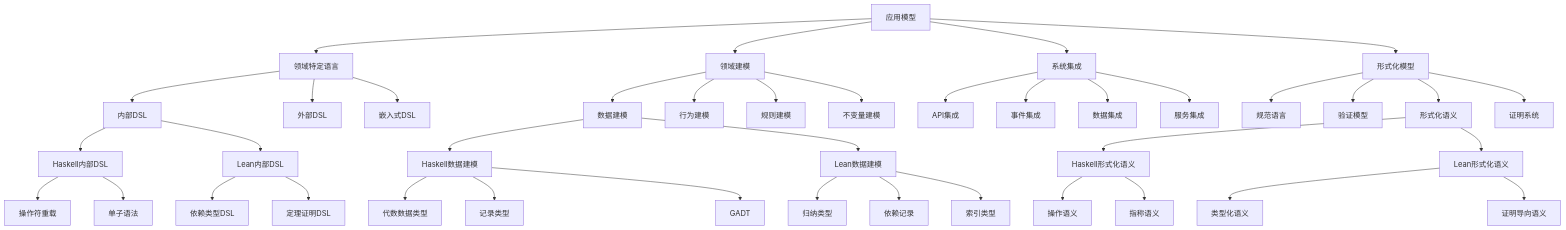
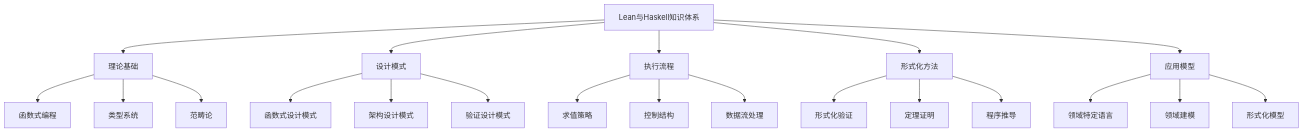
Before and after one commit to AdaMartin18010/haskell: the diagram in docs/refactor/meta/01-核心知识图谱/02-概念关系图.md, drawn with Mermaid. The commit also changed other lines of this file and 29 other files, not shown here.

````diff
--- a/docs/refactor/meta/01-核心知识图谱/02-概念关系图.md
+++ b/docs/refactor/meta/01-核心知识图谱/02-概念关系图.md
@@ -247,58 +7,28 @@
 ```mermaid
 graph TD
-    %% 应用模型主分类
-    MODELS[应用模型]
-    MODELS --> DSL[领域特定语言]
-    MODELS --> DOMAIN[领域建模]
-    MODELS --> INTEGRATION[系统集成]
-    MODELS --> FORMAL[形式化模型]
-
-    %% 领域特定语言细分
-    DSL --> DS1[内部DSL]
-    DSL --> DS2[外部DSL]
-    DSL --> DS3[嵌入式DSL]
-
-    %% 内部DSL的语言实现
-    DS1 --> DS1_H[Haskell内部DSL]
-    DS1 --> DS1_L[Lean内部DSL]
-    DS1_H --> DS1_H1[操作符重载]
-    DS1_H --> DS1_H2[单子语法]
-    DS1_L --> DS1_L1[依赖类型DSL]
-    DS1_L --> DS1_L2[定理证明DSL]
-
-    %% 领域建模细分
-    DOMAIN --> DM1[数据建模]
-    DOMAIN --> DM2[行为建模]
-    DOMAIN --> DM3[规则建模]
-    DOMAIN --> DM4[不变量建模]
-
-    %% 数据建模的语言实现
-    DM1 --> DM1_H[Haskell数据建模]
-    DM1 --> DM1_L[Lean数据建模]
-    DM1_H --> DM1_H1[代数数据类型]
-    DM1_H --> DM1_H2[记录类型]
-    DM1_H --> DM1_H3[GADT]
-    DM1_L --> DM1_L1[归纳类型]
-    DM1_L --> DM1_L2[依赖记录]
-    DM1_L --> DM1_L3[索引类型]
-
-    %% 系统集成细分
-    INTEGRATION --> I1[API集成]
-    INTEGRATION --> I2[事件集成]
-    INTEGRATION --> I3[数据集成]
-    INTEGRATION --> I4[服务集成]
-
-    %% 形式化模型细分
-    FORMAL --> FM1[规范语言]
-    FORMAL --> FM2[验证模型]
-    FORMAL --> FM3[形式化语义]
-    FORMAL --> FM4[证明系统]
-
-    %% 形式化语义的语言实现
-    FM3 --> FM3_H[Haskell形式化语义]
-    FM3 --> FM3_L[Lean形式化语义]
-    FM3_H --> FM3_H1[操作语义]
-    FM3_H --> FM3_H2[指称语义]
-    FM3_L --> FM3_L1[类型化语义]
-    FM3_L --> FM3_L2[证明导向语义]
+    A[Lean与Haskell知识体系] --> B[理论基础]
+    A --> C[设计模式]
+    A --> D[执行流程]
+    A --> E[形式化方法]
+    A --> F[应用模型]
+    
+    B --> B1[函数式编程]
+    B --> B2[类型系统]
+    B --> B3[范畴论]
+    
+    C --> C1[函数式设计模式]
+    C --> C2[架构设计模式]
+    C --> C3[验证设计模式]
+    
+    D --> D1[求值策略]
+    D --> D2[控制结构]
+    D --> D3[数据流处理]
+    
+    E --> E1[形式化验证]
+    E --> E2[定理证明]
+    E --> E3[程序推导]
+    
+    F --> F1[领域特定语言]
+    F --> F2[领域建模]
+    F --> F3[形式化模型]
 ```
````
